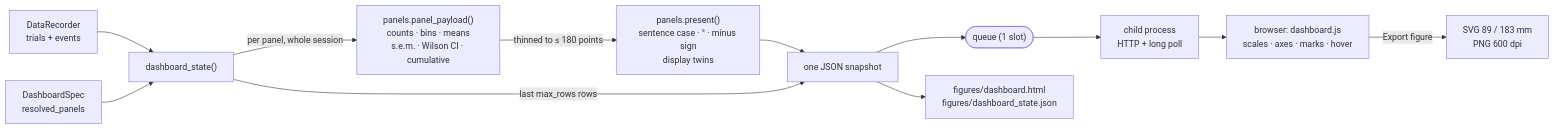
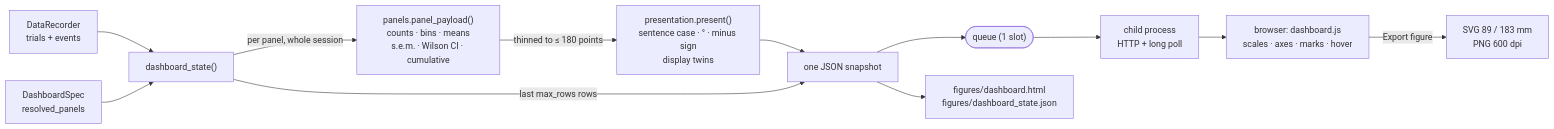
The first of 3 diagrams in docs/dashboard.md (sh4r11f/alhazen), drawn with Mermaid before and after one commit. The commit also changed other lines of this file and 5 other files, not shown here.

````diff
--- a/docs/dashboard.md
+++ b/docs/dashboard.md
@@ -75,14 +75,14 @@
 ```mermaid
 flowchart LR
   R["DataRecorder<br/>trials + events"] --> S["dashboard_state()"]
   P["DashboardSpec<br/>resolved_panels"] --> S
   S -->|"per panel, whole session"| C["panels.panel_payload()<br/>counts · bins · means<br/>s.e.m. · Wilson CI · cumulative"]
-  C -->|"thinned to &le; 180 points"| N["panels.present()<br/>sentence case · ° · minus sign<br/>display twins"]
+  C -->|"thinned to &le; 180 points"| N["presentation.present()<br/>sentence case · ° · minus sign<br/>display twins"]
   N --> W["one JSON snapshot"]
   S -->|"last max_rows rows"| W
   W --> Q(["queue (1 slot)"])
   Q --> H["child process<br/>HTTP + long poll"]
   H --> B["browser: dashboard.js<br/>scales · axes · marks · hover"]
   B -->|"Export figure"| X["SVG 89 / 183 mm<br/>PNG 600 dpi"]
   W --> F["figures/dashboard.html<br/>figures/dashboard_state.json"]
 ```
````
